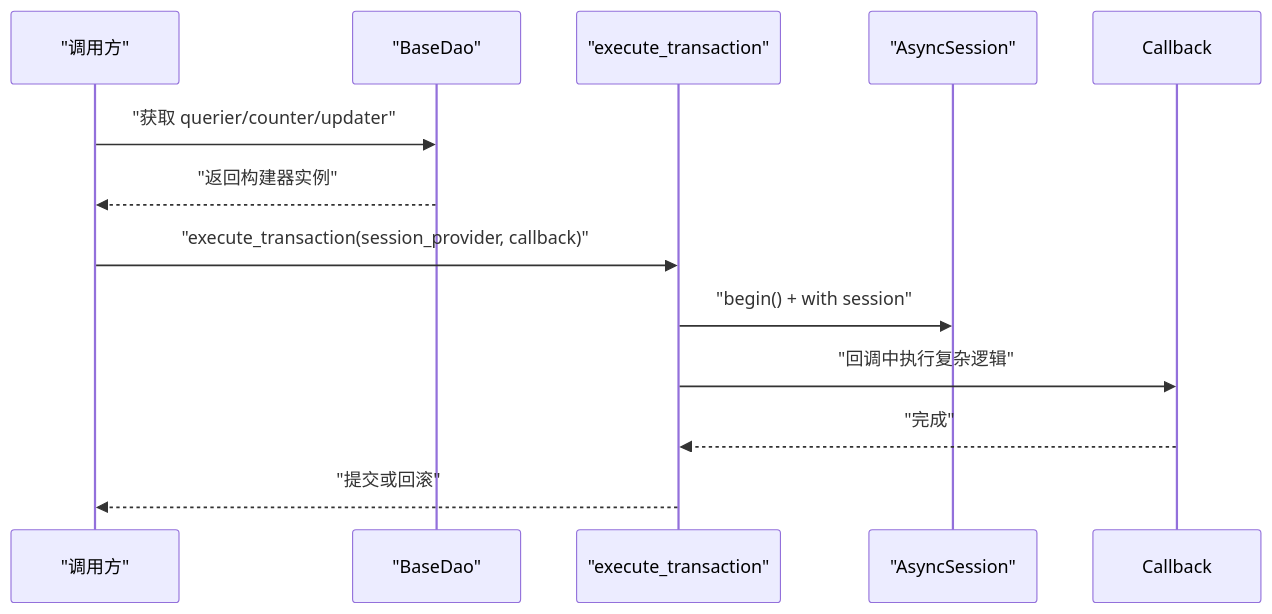
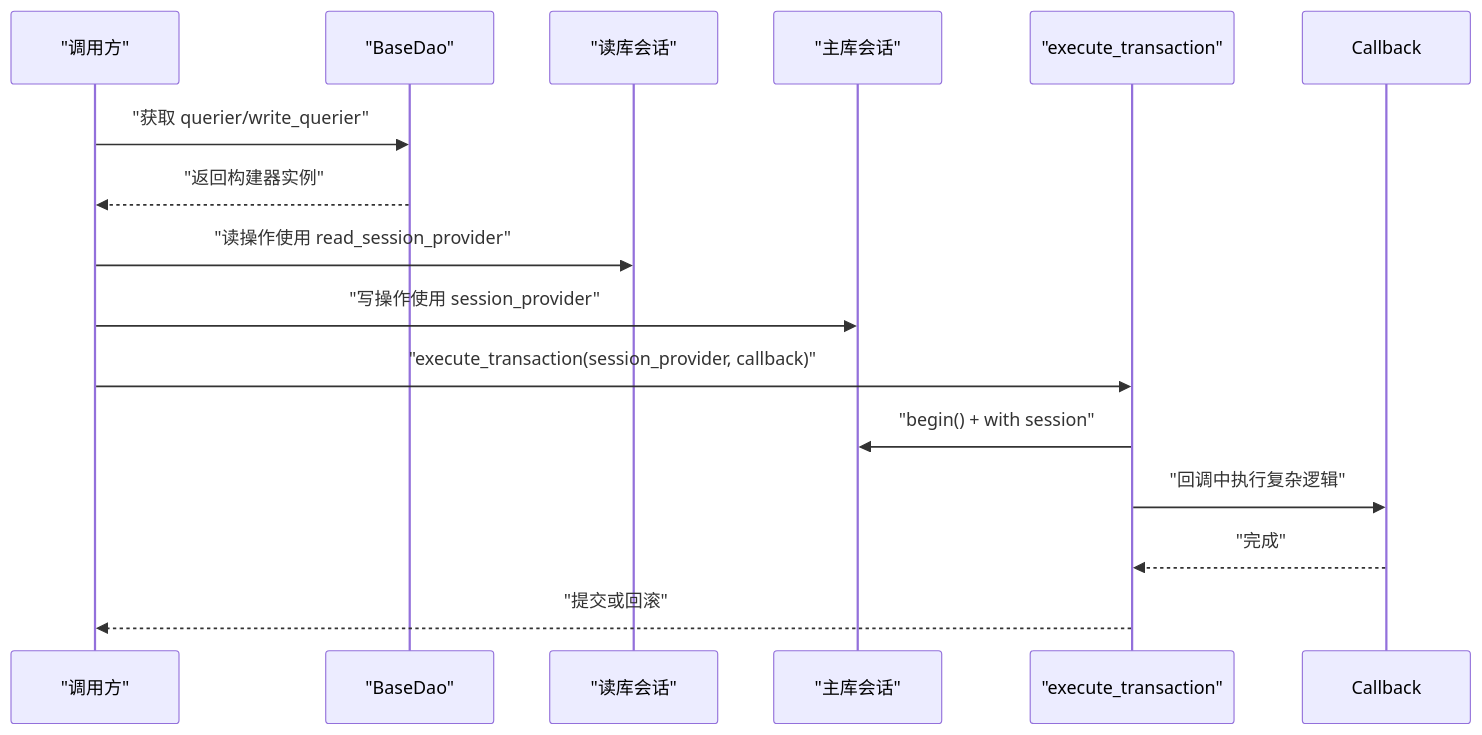
Before and after one commit to lilinzezzzzzz/fastapi-backend: the eighth of 10 diagrams in .qoder/repowiki/zh/content/数据库集成/数据库集成.md, drawn with Mermaid. The commit also changed other lines of this file and 42 other files, not shown here.

````diff
--- a/.qoder/repowiki/zh/content/数据库集成/数据库集成.md
+++ b/.qoder/repowiki/zh/content/数据库集成/数据库集成.md
@@ -313,14 +421,17 @@
 ```mermaid
 sequenceDiagram
 participant Caller as "调用方"
 participant DAO as "BaseDao"
+participant ReadSession as "读库会话"
+participant MasterSession as "主库会话"
 participant Exec as "execute_transaction"
-participant Sess as "AsyncSession"
-Caller->>DAO : "获取 querier/counter/updater"
+Caller->>DAO : "获取 querier/write_querier"
 DAO-->>Caller : "返回构建器实例"
+Caller->>ReadSession : "读操作使用 read_session_provider"
+Caller->>MasterSession : "写操作使用 session_provider"
 Caller->>Exec : "execute_transaction(session_provider, callback)"
-Exec->>Sess : "begin() + with session"
+Exec->>MasterSession : "begin() + with session"
 Exec->>Callback : "回调中执行复杂逻辑"
 Callback-->>Exec : "完成"
 Exec-->>Caller : "提交或回滚"
 ```
````
